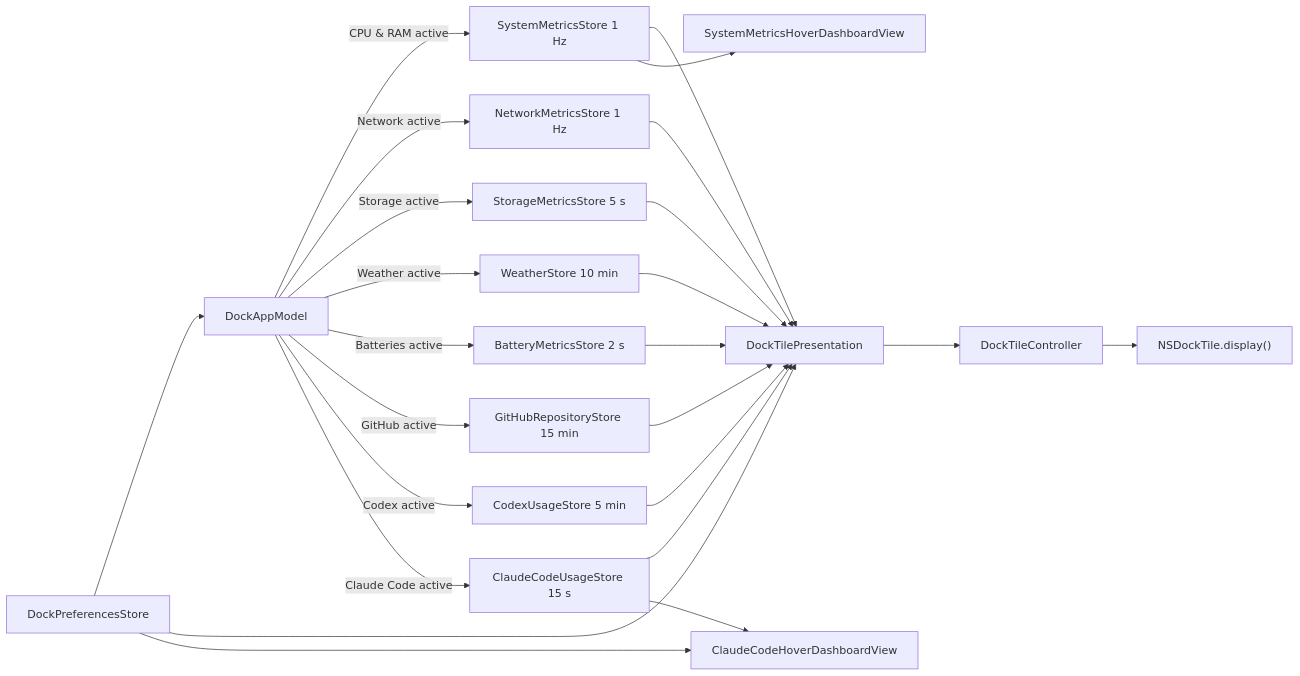
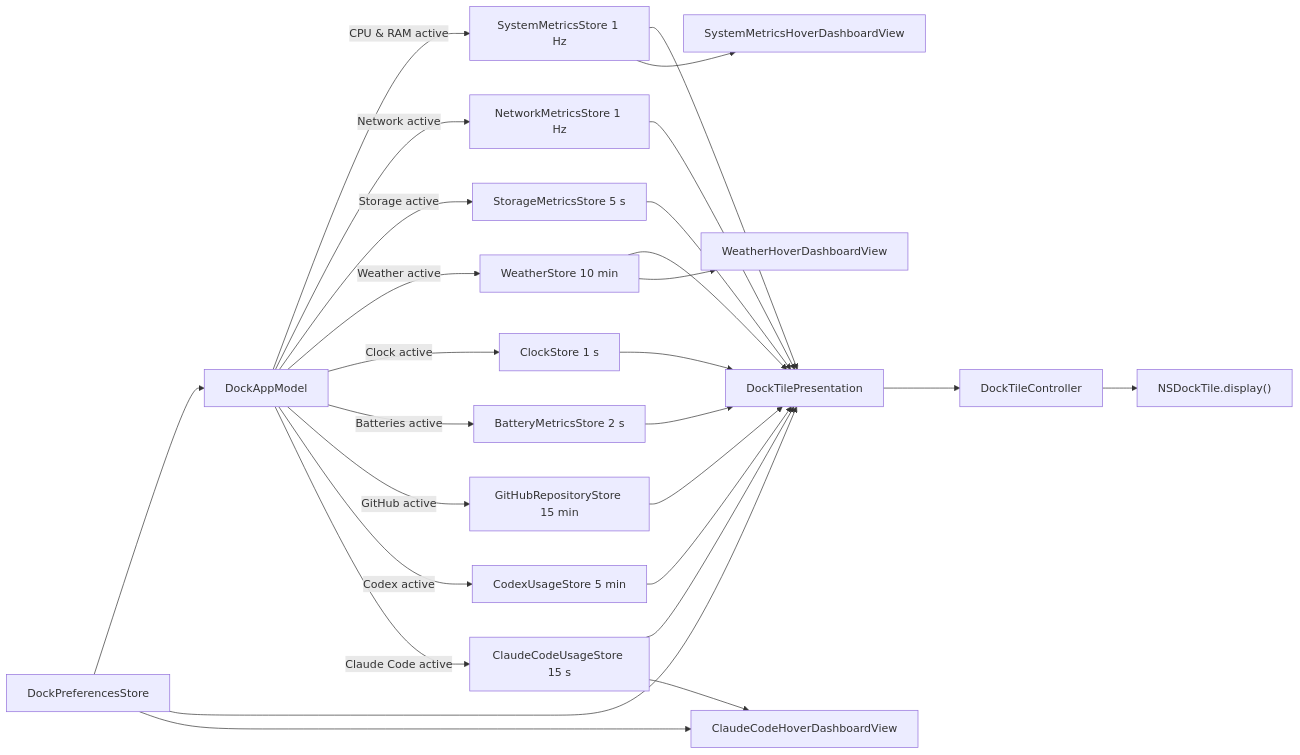
Before and after one commit to thanhdongnguyen/DockMagic: the diagram in docs/ARCHITECTURE.md, drawn with Mermaid. The commit also changed other lines of this file and 34 other files, not shown here.

````diff
--- a/docs/ARCHITECTURE.md
+++ b/docs/ARCHITECTURE.md
@@ -87,26 +91,29 @@
 ```mermaid
 flowchart LR
     P["DockPreferencesStore"] --> A["DockAppModel"]
     A -->|"CPU & RAM active"| M["SystemMetricsStore 1 Hz"]
     A -->|"Network active"| R["NetworkMetricsStore 1 Hz"]
     A -->|"Storage active"| S["StorageMetricsStore 5 s"]
     A -->|"Weather active"| W["WeatherStore 10 min"]
+    A -->|"Clock active"| K["ClockStore 1 s"]
     A -->|"Batteries active"| B["BatteryMetricsStore 2 s"]
     A -->|"GitHub active"| G["GitHubRepositoryStore 15 min"]
     A -->|"Codex active"| C["CodexUsageStore 5 min"]
     A -->|"Claude Code active"| L["ClaudeCodeUsageStore 15 s"]
     M --> D["DockTilePresentation"]
     M --> X["SystemMetricsHoverDashboardView"]
     R --> D
     S --> D
     W --> D
+    W --> Y["WeatherHoverDashboardView"]
+    K --> D
     B --> D
     G --> D
     C --> D
     L --> D
     P --> D
     D --> H["DockTileController"]
     H --> N["NSDockTile.display()"]
     L --> V["ClaudeCodeHoverDashboardView"]
     P --> V
 ```
````
